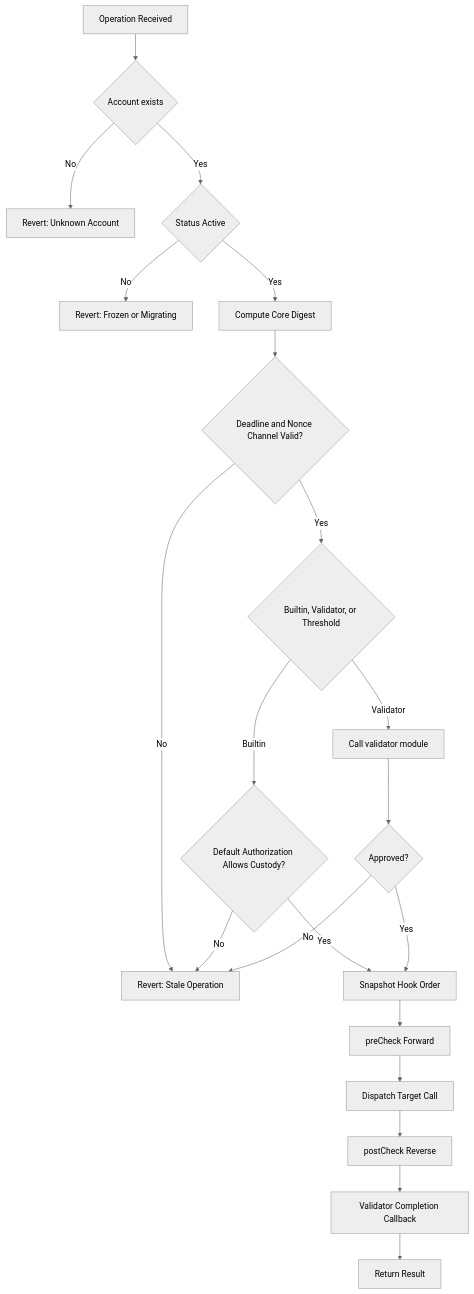
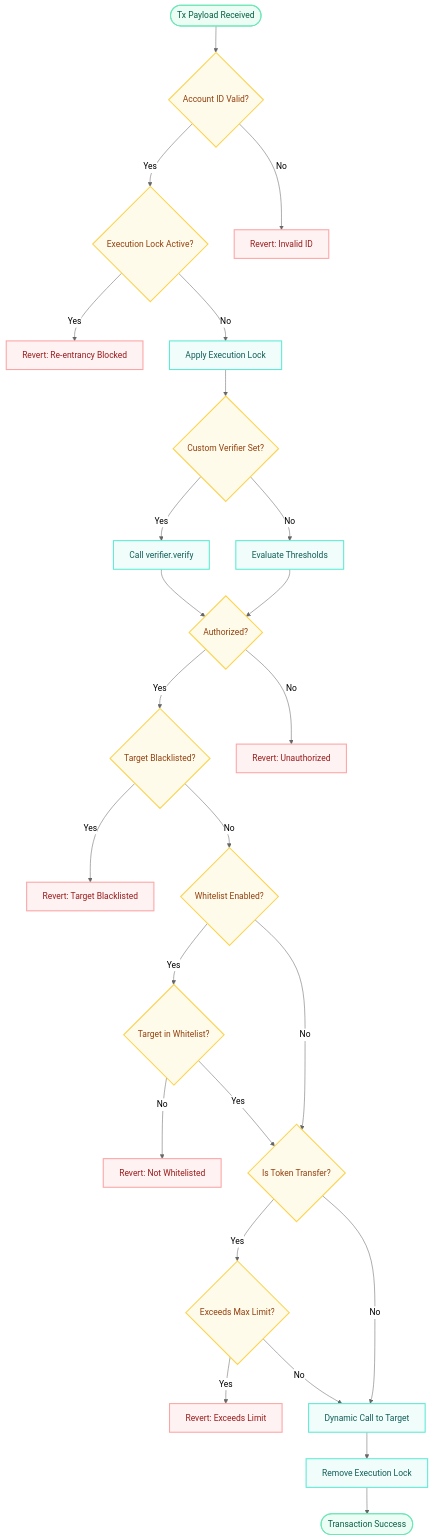
Before and after one commit to r3e-network/neo-os-aa: the fourth of 5 diagrams in frontend/src/assets/docs/data-flow.md, drawn with Mermaid (neutral theme). The commit also changed other lines of this file and 148 other files, not shown here.

````diff
--- a/frontend/src/assets/docs/data-flow.md
+++ b/frontend/src/assets/docs/data-flow.md
@@ -93,25 +122,49 @@
 ```mermaid
 flowchart TD
-    Start[Operation Received] --> Exists{Account exists}
-    Exists -- No --> RejectID[Revert: Unknown Account]
-    Exists -- Yes --> Active{Status Active}
-    Active -- No --> RejectFrozen[Revert: Frozen or Migrating]
-    Active -- Yes --> Digest[Compute Core Digest]
-    Digest --> Deadline{Deadline and Nonce Channel Valid?}
-    Deadline -- No --> RejectAuth[Revert: Stale Operation]
-    Deadline -- Yes --> Route{Builtin, Validator, or Threshold}
+    Start([Tx Payload Received]) --> HasID{Account ID Valid?}
 
-    Route -- Builtin --> Default{Default Authorization Allows Custody?}
-    Default -- No --> RejectAuth
-    Route -- Validator --> Validate[Call validator module]
-    Validate --> AuthResult{Approved?}
-    AuthResult -- No --> RejectAuth
-    Default -- Yes --> Hooks
-    AuthResult -- Yes --> Hooks[Snapshot Hook Order]
+    HasID -- Yes --> ActiveLock{Execution Lock Active?}
+    HasID -- No --> Reject1[Revert: Invalid ID]
 
-    Hooks --> Pre[preCheck Forward]
-    Pre --> Target[Dispatch Target Call]
-    Target --> Post[postCheck Reverse]
-    Post --> Complete[Validator Completion Callback]
-    Complete --> End[Return Result]
+    ActiveLock -- Yes --> Reject2[Revert: Re-entrancy Blocked]
+    ActiveLock -- No --> Lock[Apply Execution Lock]
+
+    Lock --> CustomVer{Custom Verifier Set?}
+
+    CustomVer -- Yes --> CallCustom[Call verifier.verify]
+    CallCustom --> AuthResult{Authorized?}
+
+    CustomVer -- No --> CheckNative[Evaluate Thresholds]
+    CheckNative --> AuthResult
+
+    AuthResult -- Yes --> CheckBlacklist{Target Blacklisted?}
+    AuthResult -- No --> Reject3[Revert: Unauthorized]
+
+    CheckBlacklist -- Yes --> Reject4[Revert: Target Blacklisted]
+    CheckBlacklist -- No --> CheckWhitelist{Whitelist Enabled?}
+
+    CheckWhitelist -- Yes --> InWhitelist{Target in Whitelist?}
+    InWhitelist -- No --> Reject5[Revert: Not Whitelisted]
+    InWhitelist -- Yes --> TokenCheck{Is Token Transfer?}
+
+    CheckWhitelist -- No --> TokenCheck
+
+    TokenCheck -- Yes --> OverLimit{Exceeds Max Limit?}
+    OverLimit -- Yes --> Reject6[Revert: Exceeds Limit]
+    OverLimit -- No --> Execute[Dynamic Call to Target]
+
+    TokenCheck -- No --> Execute
+
+    Execute --> Unlock[Remove Execution Lock]
+    Unlock --> End([Transaction Success])
+
+    classDef decision fill:#fffbeb,stroke:#fcd34d,stroke-width:2px,color:#92400e
+    classDef terminal fill:#fef2f2,stroke:#fca5a5,stroke-width:2px,color:#991b1b
+    classDef success fill:#ecfdf5,stroke:#6ee7b7,stroke-width:2px,color:#065f46
+    classDef action fill:#f0fdfa,stroke:#5eead4,stroke-width:2px,color:#115e59
+
+    class HasID,ActiveLock,CustomVer,AuthResult,CheckBlacklist,CheckWhitelist,InWhitelist,TokenCheck,OverLimit decision
+    class Reject1,Reject2,Reject3,Reject4,Reject5,Reject6 terminal
+    class Start,End success
+    class Lock,CallCustom,CheckNative,Execute,Unlock action
 ```
````
